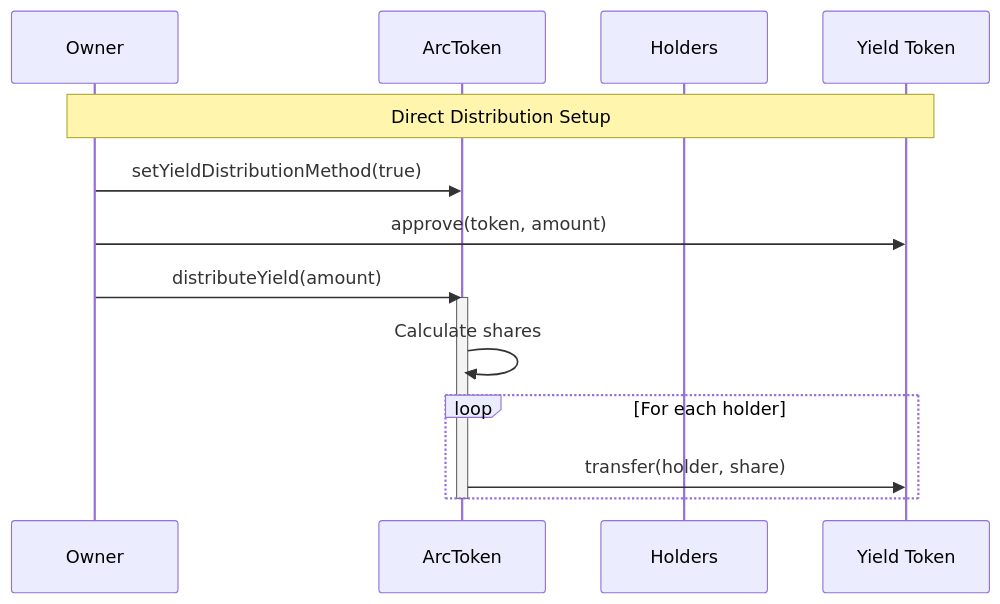
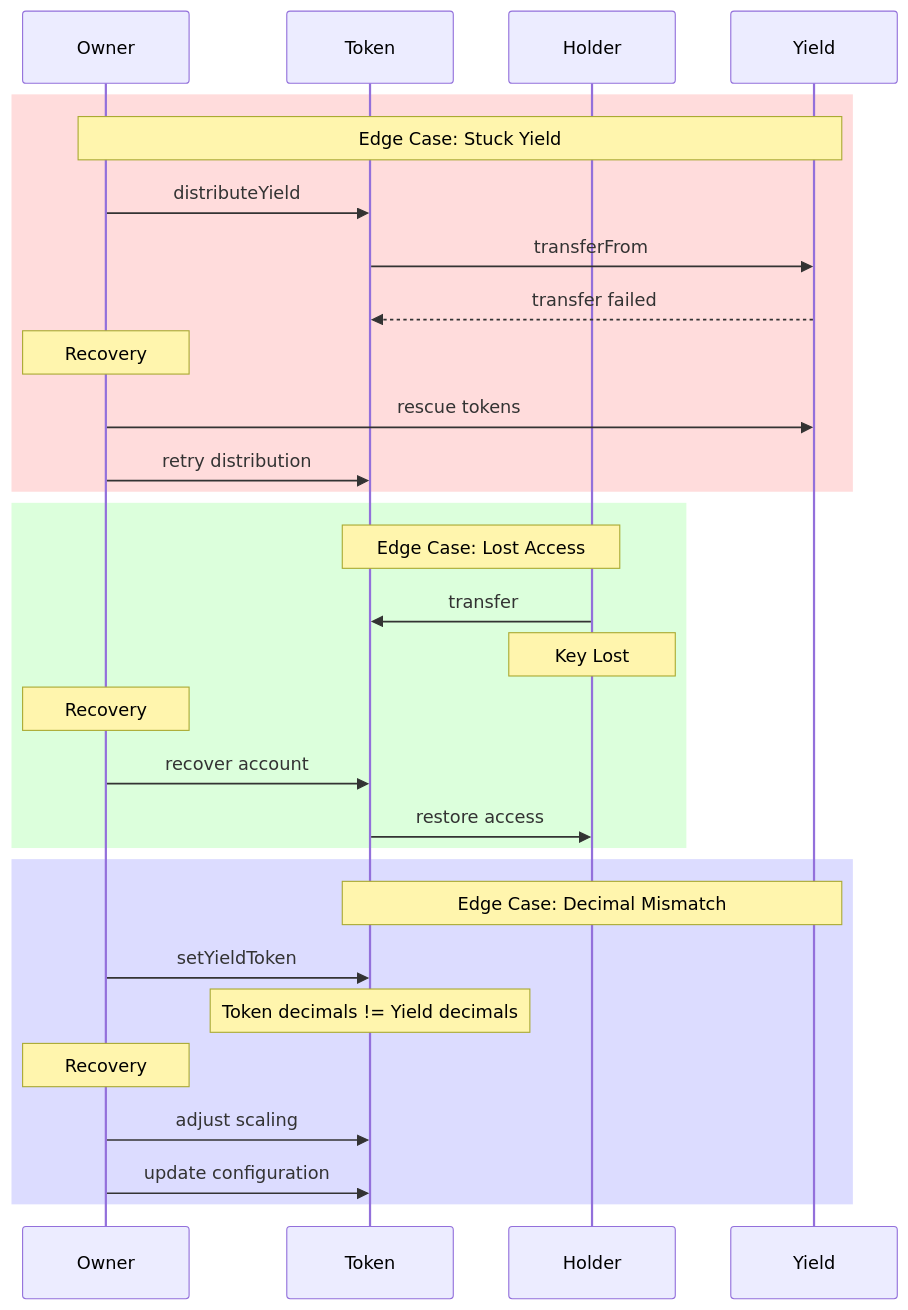
Before and after one commit to plumenetwork/contracts: the eighth of 8 diagrams in smart-wallets/README.md, drawn with Mermaid. The commit also changed other lines of this file, not shown here.

Commit message:
add more diagrams

````diff
--- a/smart-wallets/README.md
+++ b/smart-wallets/README.md
@@ -399,19 +601,35 @@
 ```mermaid
 sequenceDiagram
     participant O as Owner
-    participant T as ArcToken
-    participant H as Holders
-    participant Y as Yield Token
+    participant T as Token
+    participant H as Holder
+    participant Y as Yield
 
-    Note over O,Y: Direct Distribution Setup
-    O->>T: setYieldDistributionMethod(true)
-    O->>Y: approve(token, amount)
-    
-    O->>T: distributeYield(amount)
-    activate T
-    T->>T: Calculate shares
-    loop For each holder
-        T->>Y: transfer(holder, share)
+    rect rgb(255, 220, 220)
+        Note over O,Y: Edge Case: Stuck Yield
+        O->>T: distributeYield
+        T->>Y: transferFrom
+        Y-->>T: transfer failed
+        Note over O: Recovery
+        O->>Y: rescue tokens
+        O->>T: retry distribution
     end
-    deactivate T
+
+    rect rgb(220, 255, 220)
+        Note over H,T: Edge Case: Lost Access
+        H->>T: transfer
+        Note over H: Key Lost
+        Note over O: Recovery
+        O->>T: recover account
+        T->>H: restore access
+    end
+
+    rect rgb(220, 220, 255)
+        Note over T,Y: Edge Case: Decimal Mismatch
+        O->>T: setYieldToken
+        Note over T: Token decimals != Yield decimals
+        Note over O: Recovery
+        O->>T: adjust scaling
+        O->>T: update configuration
+    end
 ```
````
